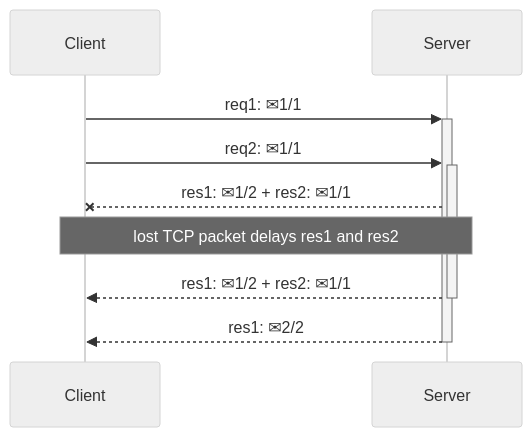
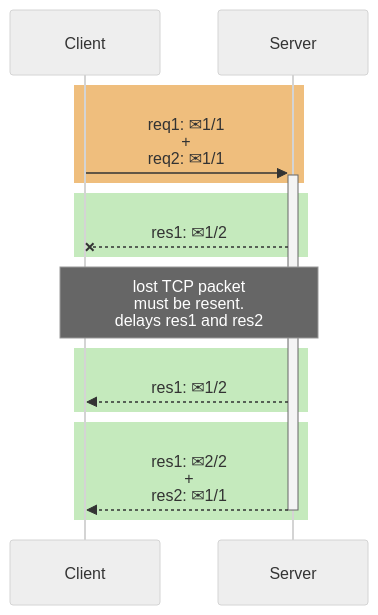
The third of 4 diagrams in src/posts/2024/03/http2-and-http3-explained.md (alexandrehtrb/alexandrehtrb.github.io), drawn with Mermaid (neutral theme) before and after one commit. The commit also changed other lines of this file and 1 other file, not shown here.

Commit message:
article: colouring TCP packets in diagrams

````diff
--- a/src/posts/2024/03/http2-and-http3-explained.md
+++ b/src/posts/2024/03/http2-and-http3-explained.md
@@ -152,9 +157,16 @@
 ```mermaid
 sequenceDiagram
-    Client->>+Server: req1: #9993;1/1
-    Client->>+Server: req2: #9993;1/1
-    Server--xClient: res1: #9993;1/2 + res2: #9993;1/1
-    Note over Client,Server: lost TCP packet delays res1 and res2
-    Server-->>-Client: res1: #9993;1/2 + res2: #9993;1/1
-    Server-->>-Client: res1: #9993;2/2
+    rect rgb(239,190,125)
+        Client->>+Server: req1: #9993;1/1<br>+<br>req2: #9993;1/1
+    end
+    rect rgb(197, 234, 189)
+        Server--xClient: res1: #9993;1/2
+    end
+    Note over Client,Server: lost TCP packet<br>must be resent.<br>delays res1 and res2
+    rect rgb(197, 234, 189)
+        Server-->>Client: res1: #9993;1/2
+    end
+    rect rgb(197, 234, 189)
+        Server-->>-Client: res1: #9993;2/2<br>+<br>res2: #9993;1/1
+    end
 ```
````
